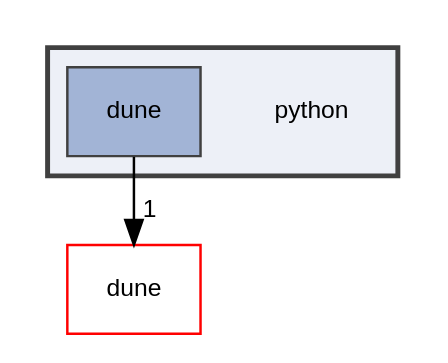
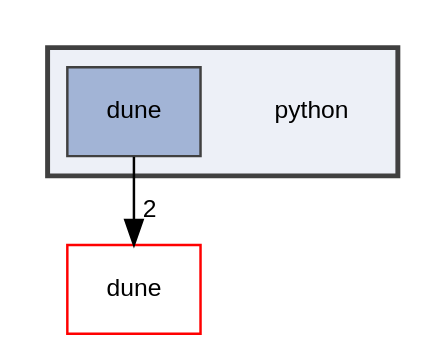
Before and after one commit to rath3t/dune-iga-doc: the diagram in dir_7837fde3ab9c1fb2fc5be7b717af8d79_dep.dot, drawn with Graphviz. The commit also changed 18 other files, not shown here.

```diff
--- a/dir_7837fde3ab9c1fb2fc5be7b717af8d79_dep.dot
+++ b/dir_7837fde3ab9c1fb2fc5be7b717af8d79_dep.dot
@@ -1,14 +1,14 @@
 digraph "python"
 {
  // LATEX_PDF_SIZE
   edge [fontname="Helvetica",fontsize="10",labelfontname="Helvetica",labelfontsize="10"];
   node [fontname="Helvetica",fontsize="10",shape=record];
   compound=true
   subgraph clusterdir_7837fde3ab9c1fb2fc5be7b717af8d79 {
     graph [ bgcolor="#edf0f7", pencolor="grey25", style="filled,bold,", label="", fontname="Helvetica", fontsize="10", URL="dir_7837fde3ab9c1fb2fc5be7b717af8d79.html"]
     dir_7837fde3ab9c1fb2fc5be7b717af8d79 [shape=plaintext, label="python"];
   dir_5a40ac242afc7875bef46b8161e47fe9 [shape=box, label="dune", style="filled,", fillcolor="#a2b4d6", color="grey25", URL="dir_5a40ac242afc7875bef46b8161e47fe9.html"];
   }
   dir_5e69be5995c9f5d42bf491ae6f29600e [shape=box, label="dune", style="", fillcolor="#edf0f7", color="red", URL="dir_5e69be5995c9f5d42bf491ae6f29600e.html"];
-  dir_5a40ac242afc7875bef46b8161e47fe9->dir_5e69be5995c9f5d42bf491ae6f29600e [headlabel="1", labeldistance=1.5 headhref="dir_000005_000004.html"];
+  dir_5a40ac242afc7875bef46b8161e47fe9->dir_5e69be5995c9f5d42bf491ae6f29600e [headlabel="2", labeldistance=1.5 headhref="dir_000005_000004.html"];
 }
```
